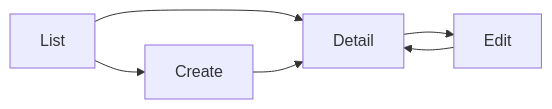
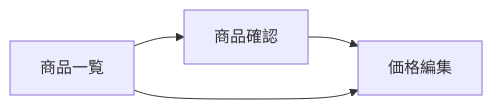
Before and after one commit to Gypsophila1912/rejogi-app: the third of 8 diagrams in 03_screen-flow_md.md, drawn with Mermaid. The commit also changed other lines of this file and 7 other files, not shown here.

````diff
--- a/03_screen-flow_md.md
+++ b/03_screen-flow_md.md
@@ -76,8 +86,10 @@
 ```mermaid
 flowchart LR
+    List[商品一覧]
+    Detail[商品確認]
+    Edit[価格編集]
+
     List --> Detail
     Detail --> Edit
-    List --> Create
-    Edit --> Detail
-    Create --> Detail
+    List --> Edit
 ```
````
